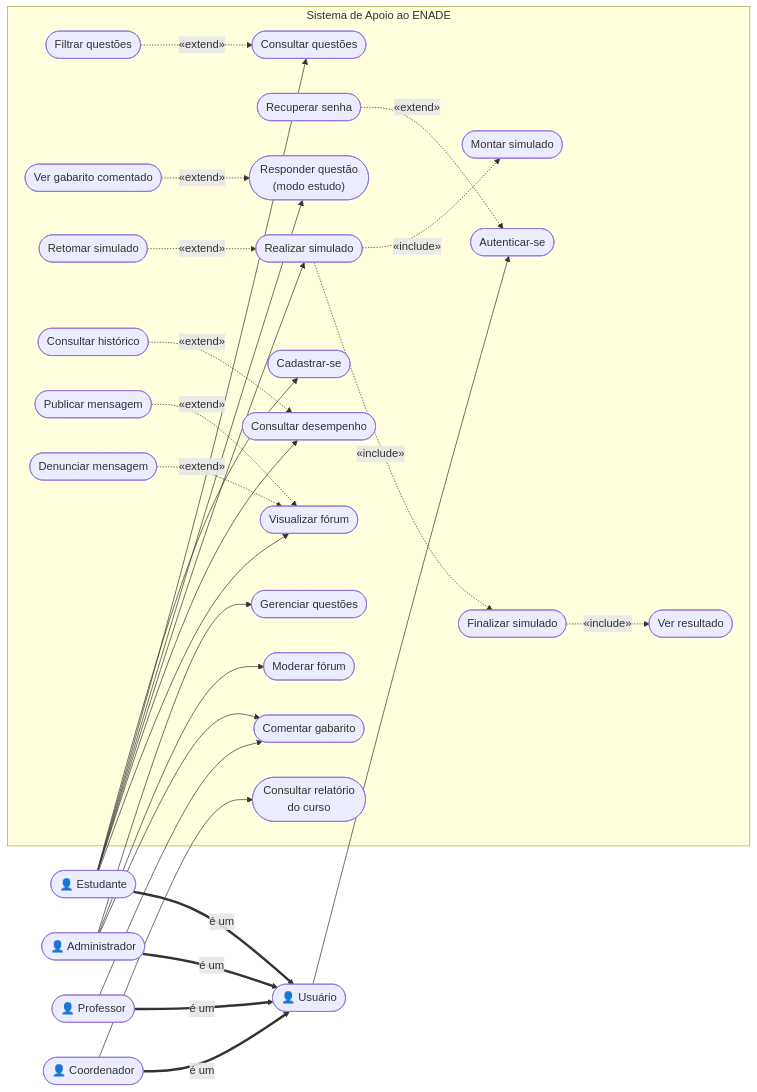
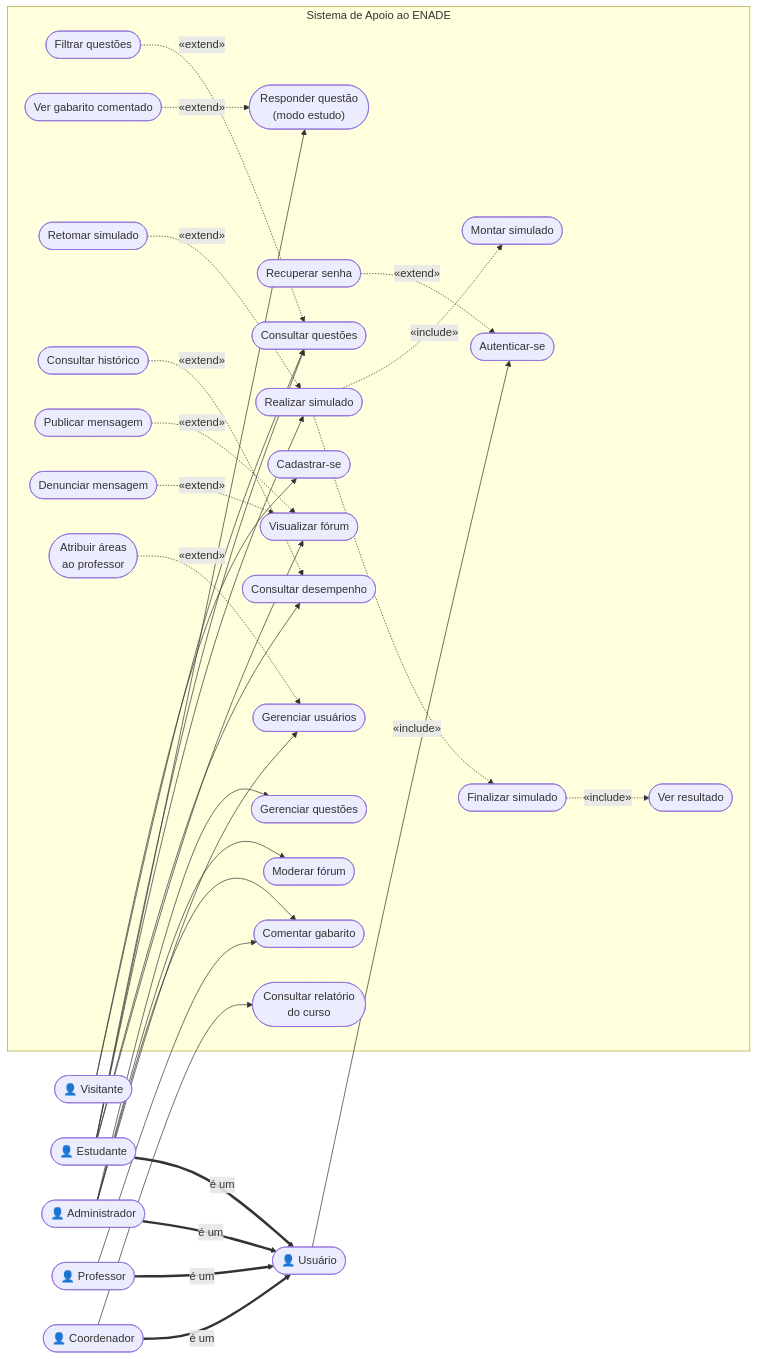
Before and after one commit to gilbertosouzaa/requisitos-20262--grupo5: the first of 3 diagrams in sistema-apoio-enade-P1.md, drawn with Mermaid. The commit also changed other lines of this file and 5 other files, not shown here.

````diff
--- a/sistema-apoio-enade-P1.md
+++ b/sistema-apoio-enade-P1.md
@@ -371,70 +430,77 @@
 ```mermaid
 flowchart LR
+    V(["👤 Visitante"])
     U(["👤 Usuário"])
     E(["👤 Estudante"])
     A(["👤 Administrador"])
     P(["👤 Professor"])
     C(["👤 Coordenador"])
 
     E ==>|é um| U
     A ==>|é um| U
     P ==>|é um| U
     C ==>|é um| U
 
     subgraph SIS["Sistema de Apoio ao ENADE"]
         UC01(["Cadastrar-se"])
         UC02(["Autenticar-se"])
         UC03(["Recuperar senha"])
 
         UC04(["Consultar questões"])
         UC05(["Filtrar questões"])
         UC06(["Responder questão<br/>(modo estudo)"])
         UC07(["Ver gabarito comentado"])
 
         UC08(["Realizar simulado"])
         UC09(["Montar simulado"])
         UC10(["Finalizar simulado"])
         UC11(["Ver resultado"])
         UC12(["Retomar simulado"])
 
         UC13(["Consultar desempenho"])
         UC14(["Consultar histórico"])
 
         UC15(["Visualizar fórum"])
         UC16(["Publicar mensagem"])
         UC17(["Denunciar mensagem"])
 
         UC18(["Gerenciar questões"])
         UC19(["Moderar fórum"])
         UC20(["Comentar gabarito"])
         UC21(["Consultar relatório<br/>do curso"])
+        UC22(["Gerenciar usuários"])
+        UC23(["Atribuir áreas<br/>ao professor"])
     end
 
-    E --> UC01
+    V --> UC01
+    V --> UC04
     U --> UC02
     E --> UC04
     E --> UC06
     E --> UC08
     E --> UC13
     E --> UC15
 
     A --> UC18
     A --> UC19
     A --> UC20
     P --> UC20
     C --> UC21
+    A --> UC22
 
     UC03 -.->|"«extend»"| UC02
     UC05 -.->|"«extend»"| UC04
     UC07 -.->|"«extend»"| UC06
 
     UC08 -.->|"«include»"| UC09
     UC08 -.->|"«include»"| UC10
     UC10 -.->|"«include»"| UC11
     UC12 -.->|"«extend»"| UC08
 
     UC14 -.->|"«extend»"| UC13
 
     UC16 -.->|"«extend»"| UC15
     UC17 -.->|"«extend»"| UC15
+
+    UC23 -.->|"«extend»"| UC22
 ```
````
